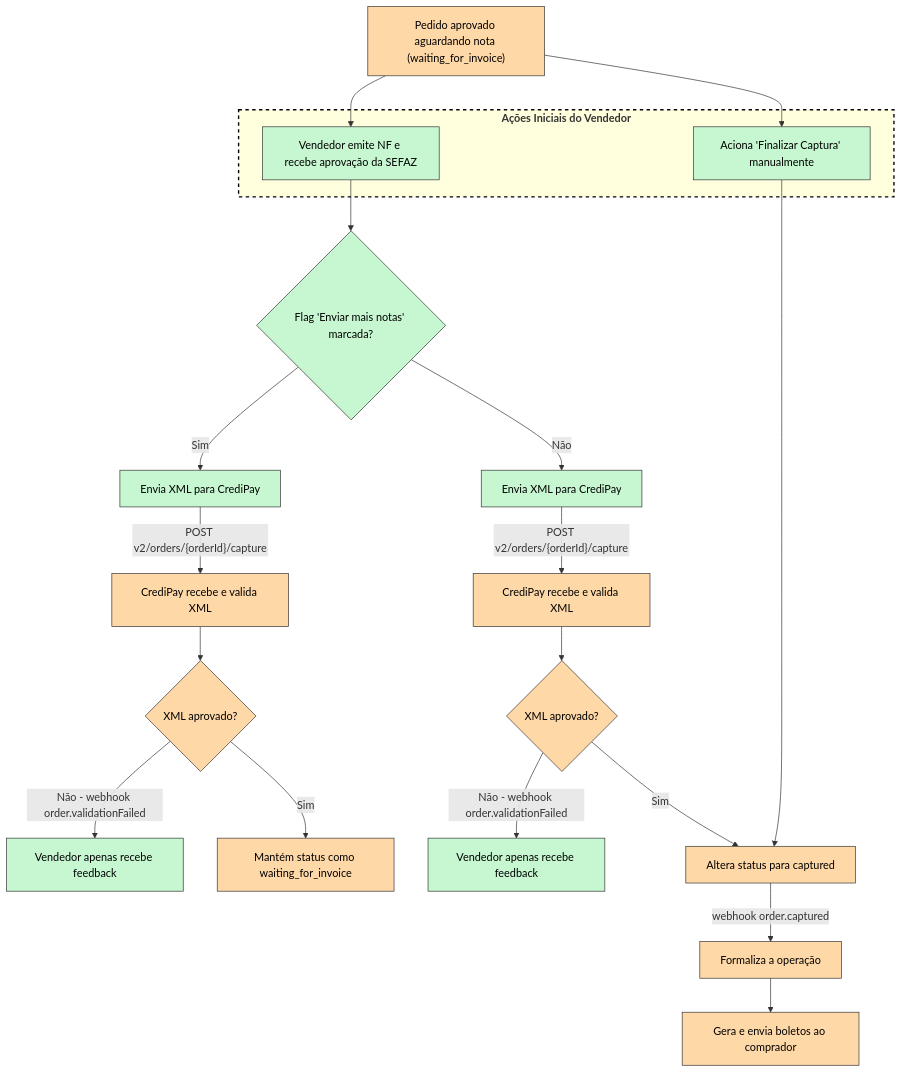
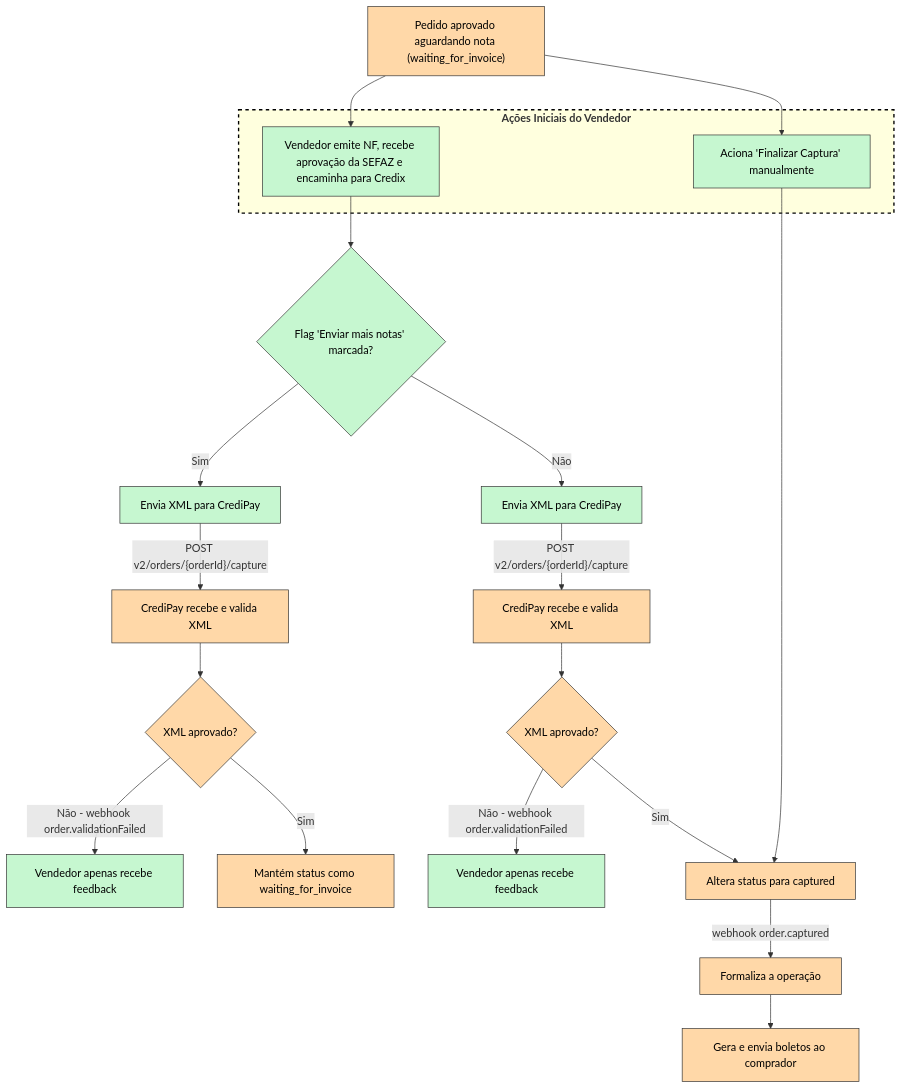
One commit to credix-finance/credipay-rdme-docs changed the diagram in docs/INTEGRAÇÃO COMPLETA/módulos-de-integração-1/adicional-múltiplas-notas-fiscais-por-pedido.md. Above: the diagram before and after it, drawn with Mermaid.

Commit message:
Update doc `adicional-múltiplas-notas-fiscais-por-pedido`

````diff
--- a/docs/INTEGRAÇÃO COMPLETA/módulos-de-integração-1/adicional-múltiplas-notas-fiscais-por-pedido.md
+++ b/docs/INTEGRAÇÃO COMPLETA/módulos-de-integração-1/adicional-múltiplas-notas-fiscais-por-pedido.md
@@ -10,59 +10,59 @@
 ```mermaid
 flowchart TD
     n1["Pedido aprovado aguardando nota (waiting_for_invoice)"]
 
     subgraph s1["<b>Ações Iniciais do Vendedor</b>"]
-        n2["Vendedor emite NF e recebe aprovação da SEFAZ"]
+        n2["Vendedor emite NF, recebe aprovação da SEFAZ e encaminha para Credix"]
         n10["Aciona 'Finalizar Captura' manualmente"]
     end
 
     n1 --> n2
     n1 --> n10
 
     %% Validação da Flag
     n2 --> n7{"Flag 'Enviar mais notas' marcada?"}
 
     %% Caminho SIM: Mantém em waiting_for_invoice
     n7 -- "Sim" --> n3a["Envia XML para CrediPay"]
     n3a -- POST v2/orders/{orderId}/capture --> n4a["CrediPay recebe e valida XML"]
     n4a --> n5a{"XML aprovado?"}
     n5a -- "Não - webhook order.validationFailed" --> n6a["Vendedor apenas recebe feedback"]
     n5a -- "Sim" --> n8["Mantém status como waiting_for_invoice"]
     
     %% Caminho NÃO: Segue para finalização
     n7 -- "Não" --> n3b["Envia XML para CrediPay"]
     n3b -- POST v2/orders/{orderId}/capture --> n4b["CrediPay recebe e valida XML"]
     n4b --> n5b{"XML aprovado?"}
     n5b -- "Não - webhook order.validationFailed" --> n6b["Vendedor apenas recebe feedback"]
     n5b -- "Sim" --> n11["Altera status para captured"]
 
     %% Caminho do Botão Manual (vai direto pro final pelo canto)
     n10 --> n11
 
     %% Conclusão do Pedido
     n11 -- "webhook order.captured" --> n12["Formaliza a operação"]
     n12 --> n13["Gera e envia boletos ao comprador"]
 
     %% Estilização e Cores
     n1:::credipay
     n2:::vendedor
     n10:::vendedor
     n7:::vendedor
     n3a:::vendedor
     n4a:::credipay
     n5a:::credipay
     n8:::credipay
     n3b:::vendedor
     n4b:::credipay
     n5b:::credipay
     n6a:::vendedor
     n6b:::vendedor
     n11:::credipay
     n12:::credipay
     n13:::credipay
 
     classDef vendedor fill:#C6F7D0,stroke:#333,stroke-width:1px,color:#000;
     classDef comprador fill:#C6F7D0,stroke:#333,stroke-width:1px,color:#000;
     classDef credipay fill:#FFD8A8,stroke:#333,stroke-width:1px,color:#000;
     style s1 stroke:#000000,stroke-width:2px,stroke-dasharray: 5 5
 ```
````
